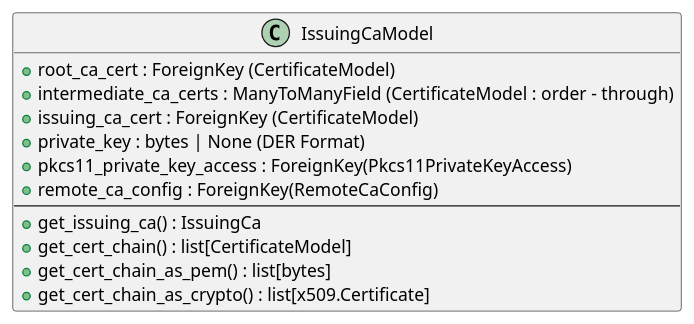
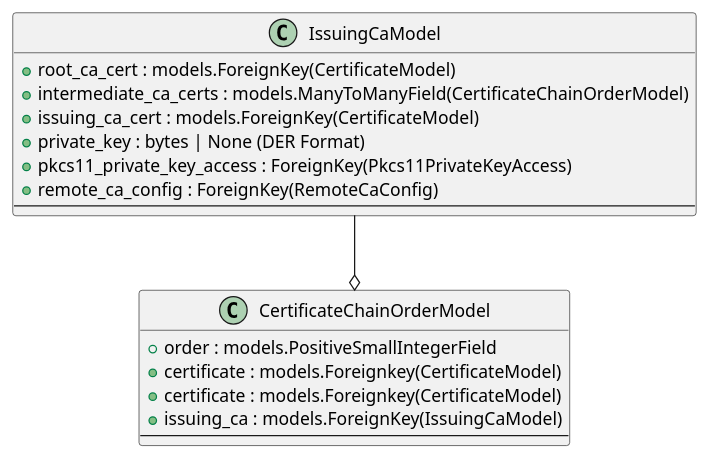
One commit to TrustPoint-Project/trustpoint changed the third of 6 diagrams in docs/source/pki_models.rst. Above: the diagram before and after it, drawn with PlantUML. The commit also changed other lines of this file and 12 other files, not shown here.

```diff
--- a/docs/source/pki_models.rst
+++ b/docs/source/pki_models.rst
@@ -95,16 +93,22 @@
 .. uml::
     :align: center
 
     class IssuingCaModel {
-        +root_ca_cert : ForeignKey (CertificateModel)
-        +intermediate_ca_certs : ManyToManyField (CertificateModel : order - through)
-        +issuing_ca_cert : ForeignKey (CertificateModel)
+        +root_ca_cert : models.ForeignKey(CertificateModel)
+        +intermediate_ca_certs : models.ManyToManyField(CertificateChainOrderModel)
+        +issuing_ca_cert : models.ForeignKey(CertificateModel)
         +private_key : bytes | None (DER Format)
         +pkcs11_private_key_access : ForeignKey(Pkcs11PrivateKeyAccess)
         +remote_ca_config : ForeignKey(RemoteCaConfig)
         --
-        +get_issuing_ca() : IssuingCa
-        +get_cert_chain() : list[CertificateModel]
-        +get_cert_chain_as_pem() : list[bytes]
-        +get_cert_chain_as_crypto() : list[x509.Certificate]
     }
+
+    class CertificateChainOrderModel {
+        +order : models.PositiveSmallIntegerField
+        +certificate : models.Foreignkey(CertificateModel)
+        +certificate : models.Foreignkey(CertificateModel)
+        +issuing_ca : models.ForeignKey(IssuingCaModel)
+        --
+    }
+
+    IssuingCaModel --o CertificateChainOrderModel
```
